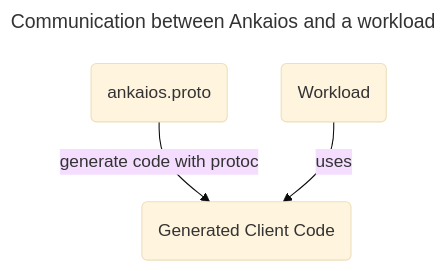
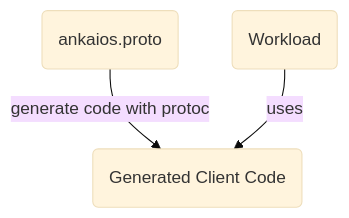
The third of 5 diagrams in doc/docs/reference/control-interface.md (eclipse-ankaios/ankaios), drawn with Mermaid (base theme) before and after one commit.

Commit message:
Remove the superfluous title
Issue-Id: #187

````diff
--- a/doc/docs/reference/control-interface.md
+++ b/doc/docs/reference/control-interface.md
@@ -52,12 +52,9 @@
 ```mermaid
----
-title: Communication between Ankaios and a workload
----
 flowchart TD
     proto("ankaios.proto")
     gen_code("Generated Client Code")
     workload("Workload")
 
     proto -->|generate code with protoc| gen_code
     workload-->|uses| gen_code
 ```
````
